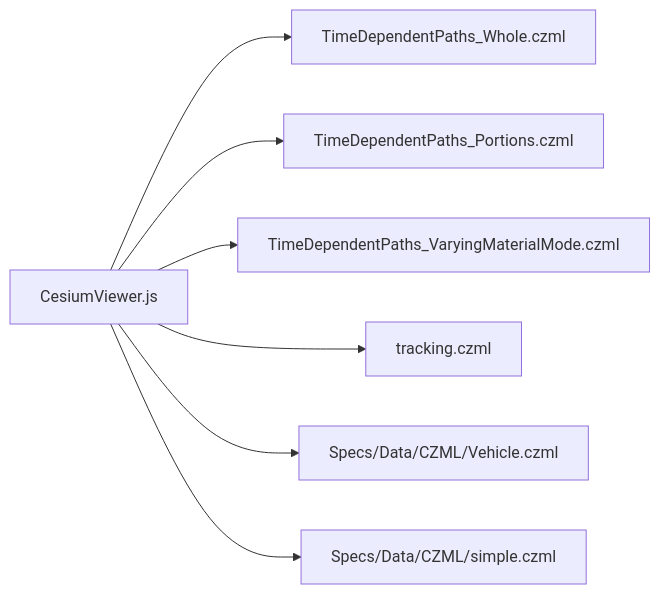
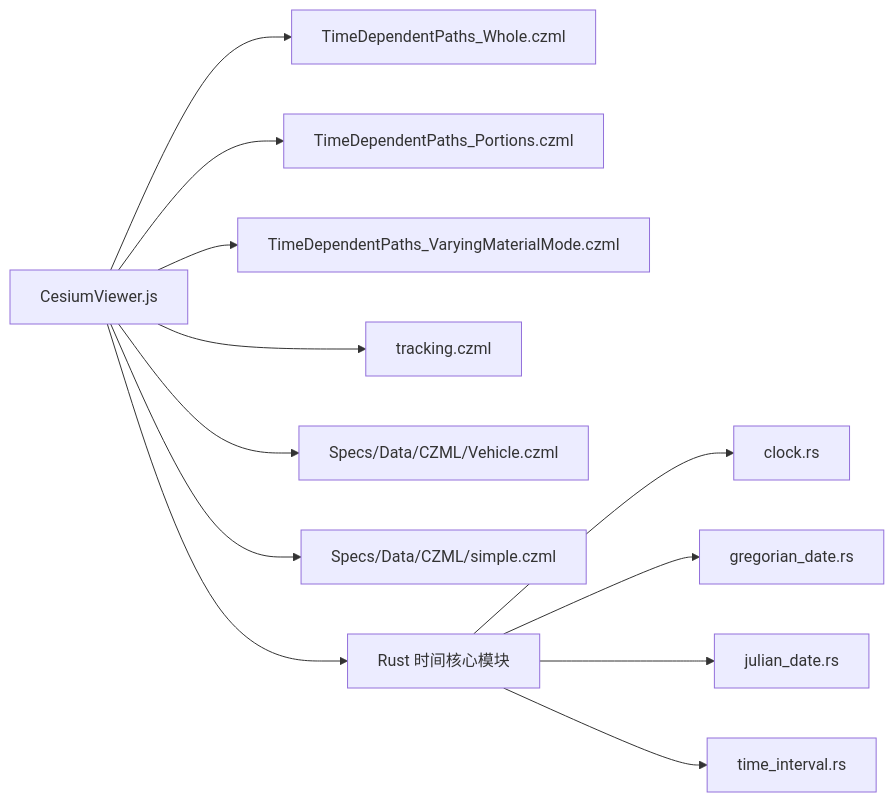
One commit to rzhangjing/cesium changed the sixth of 6 diagrams in .qoder/repowiki/zh/content/核心概念/时间管理系统.md. Above: the diagram before and after it, drawn with Mermaid. The commit also changed other lines of this file and 92 other files, not shown here.

````diff
--- a/.qoder/repowiki/zh/content/核心概念/时间管理系统.md
+++ b/.qoder/repowiki/zh/content/核心概念/时间管理系统.md
@@ -301,9 +406,14 @@
 ```mermaid
 graph LR
 JS["CesiumViewer.js"] --> CZMLW["TimeDependentPaths_Whole.czml"]
 JS --> CZMLP["TimeDependentPaths_Portions.czml"]
 JS --> CZMLM["TimeDependentPaths_VaryingMaterialMode.czml"]
 JS --> CZMLS["tracking.czml"]
 JS --> SpecV["Specs/Data/CZML/Vehicle.czml"]
 JS --> SpecS["Specs/Data/CZML/simple.czml"]
+JS --> TimeCore["Rust 时间核心模块"]
+TimeCore --> Clock["clock.rs"]
+TimeCore --> Gregorian["gregorian_date.rs"]
+TimeCore --> Julian["julian_date.rs"]
+TimeCore --> Interval["time_interval.rs"]
 ```
````
